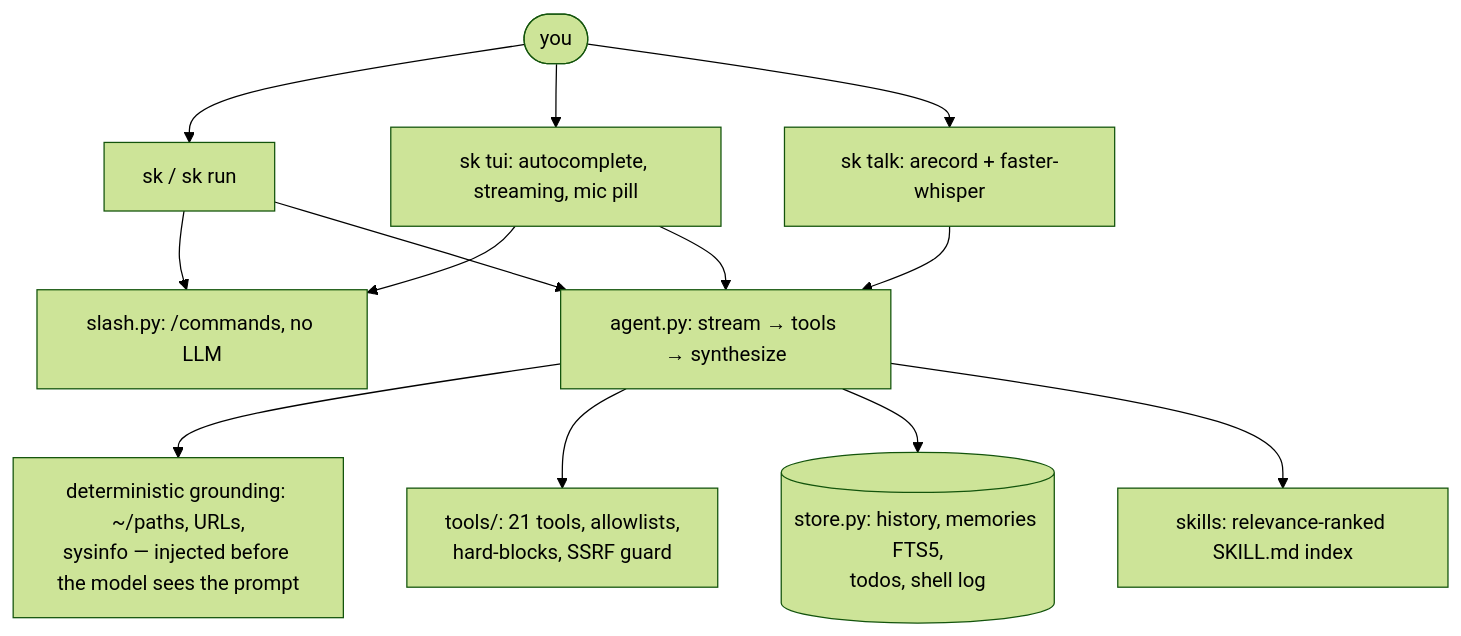
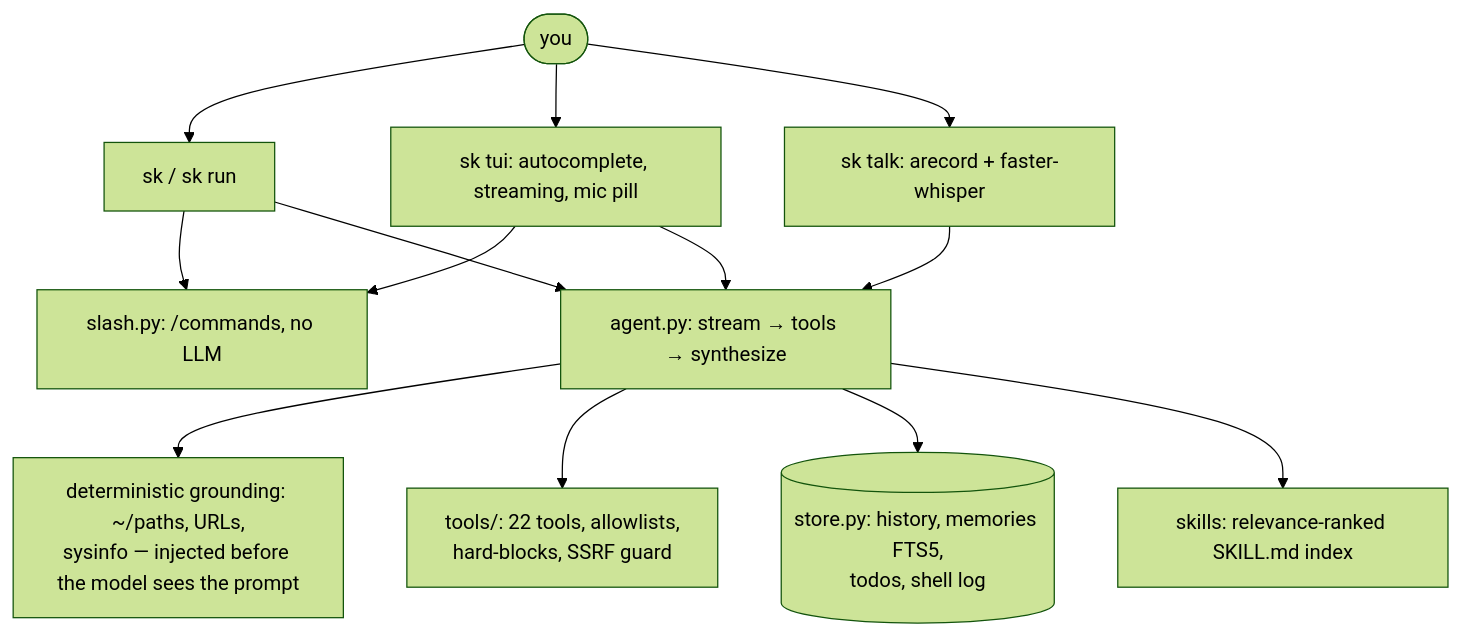
Before and after one commit to Faisal-Fayaz/sidekick: the diagram in README.md, drawn with Mermaid (forest theme). The commit also changed other lines of this file and 17 other files, not shown here.

````diff
--- a/README.md
+++ b/README.md
@@ -305,15 +307,15 @@
 ```mermaid
 flowchart TB
     U([you]) --> CLI[sk / sk run]
     U --> TUI[sk tui: autocomplete, streaming, mic pill]
     U --> VOICE[sk talk: arecord + faster-whisper]
     CLI --> SLASH[slash.py: /commands, no LLM]
     TUI --> SLASH
     VOICE --> AGENT
     CLI --> AGENT[agent.py: stream → tools → synthesize]
     TUI --> AGENT
     AGENT --> GROUND[deterministic grounding: ~/paths, URLs,\nsysinfo — injected before the model sees the prompt]
-    AGENT --> TOOLS[tools/: 21 tools, allowlists,\nhard-blocks, SSRF guard]
+    AGENT --> TOOLS[tools/: 22 tools, allowlists,\nhard-blocks, SSRF guard]
     AGENT --> MEM[(store.py: history, memories FTS5,\ntodos, shell log)]
     AGENT --> SKILLS[skills: relevance-ranked SKILL.md index]
 ```
````
